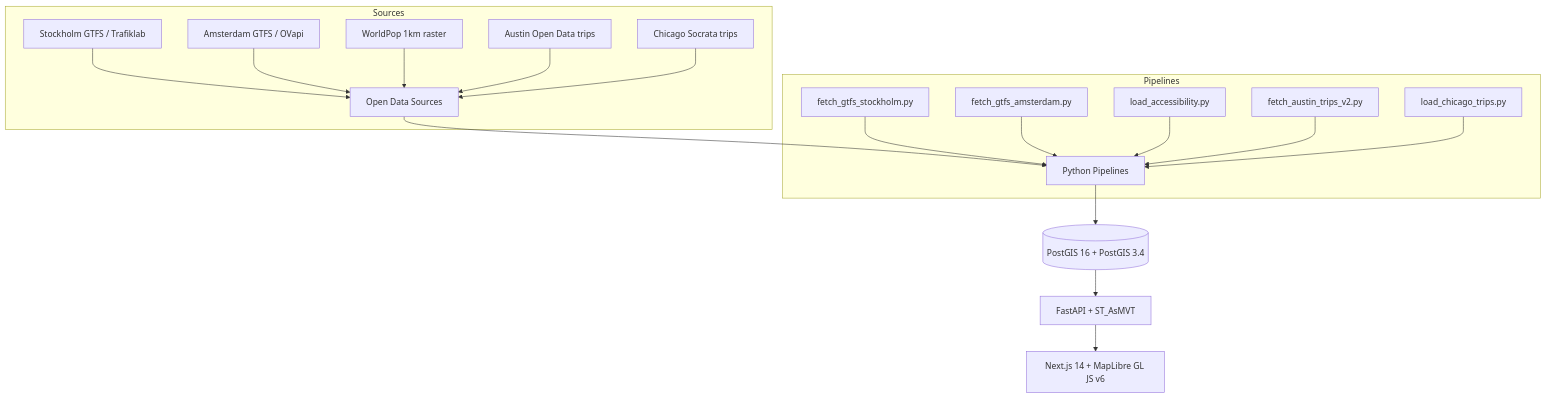
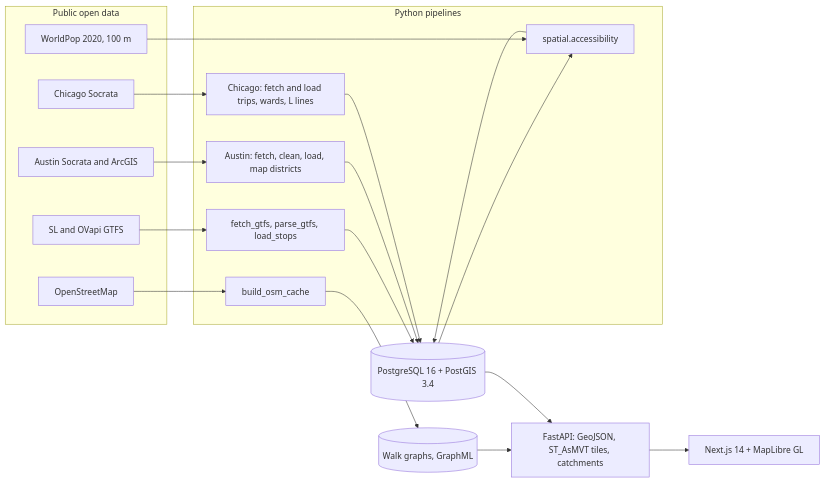
The diagram in README.md (faryanra/Urban-Mobility-Intelligence-Platform), drawn with Mermaid before and after one commit. The commit also changed other lines of this file and 4 other files, not shown here.

````diff
--- a/README.md
+++ b/README.md
@@ -23,23 +34,31 @@
 ```mermaid
-flowchart TD
-    A[Open Data Sources] --> B[Python Pipelines]
-    B --> C[(PostGIS 16 + PostGIS 3.4)]
-    C --> D[FastAPI + ST_AsMVT]
-    D --> E[Next.js 14 + MapLibre GL JS v6]
-
-    subgraph Sources
-        A1[Stockholm GTFS / Trafiklab] --> A
-        A2[Amsterdam GTFS / OVapi] --> A
-        A3[WorldPop 1km raster] --> A
-        A4[Austin Open Data trips] --> A
-        A5[Chicago Socrata trips] --> A
+flowchart LR
+    subgraph Sources[Public open data]
+        GTFS[SL and OVapi GTFS]
+        WP[WorldPop 2020, 100 m]
+        OSM[OpenStreetMap]
+        ATX[Austin Socrata and ArcGIS]
+        CHI[Chicago Socrata]
     end
 
-    subgraph Pipelines
-        B1[fetch_gtfs_stockholm.py] --> B
-        B2[fetch_gtfs_amsterdam.py] --> B
-        B3[load_accessibility.py] --> B
-        B4[fetch_austin_trips_v2.py] --> B
-        B5[load_chicago_trips.py] --> B
+    subgraph Pipelines[Python pipelines]
+        P1[fetch_gtfs, parse_gtfs, load_stops]
+        P2[spatial.accessibility]
+        P3[build_osm_cache]
+        P4[Austin: fetch, clean, load, map districts]
+        P5[Chicago: fetch and load trips, wards, L lines]
     end
+
+    DB[(PostgreSQL 16 + PostGIS 3.4)]
+    GRAPH[(Walk graphs, GraphML)]
+    API[FastAPI: GeoJSON, ST_AsMVT tiles, catchments]
+    WEB[Next.js 14 + MapLibre GL]
+
+    GTFS --> P1 --> DB
+    DB --> P2
+    WP --> P2 --> DB
+    OSM --> P3 --> GRAPH --> API
+    ATX --> P4 --> DB
+    CHI --> P5 --> DB
+    DB --> API --> WEB
 ```
````
